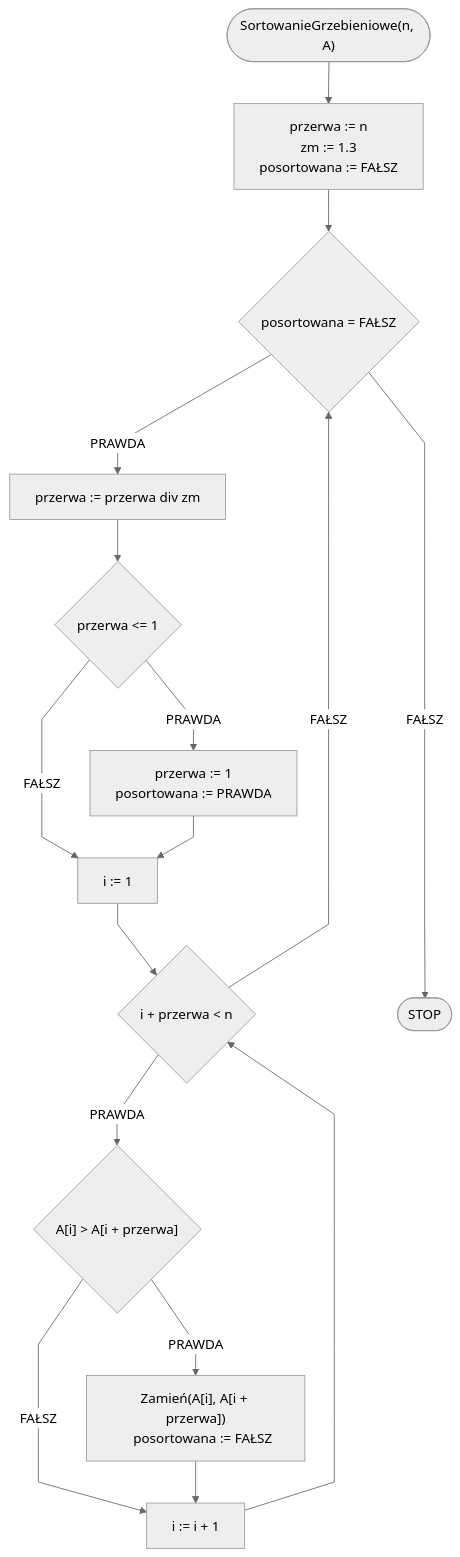
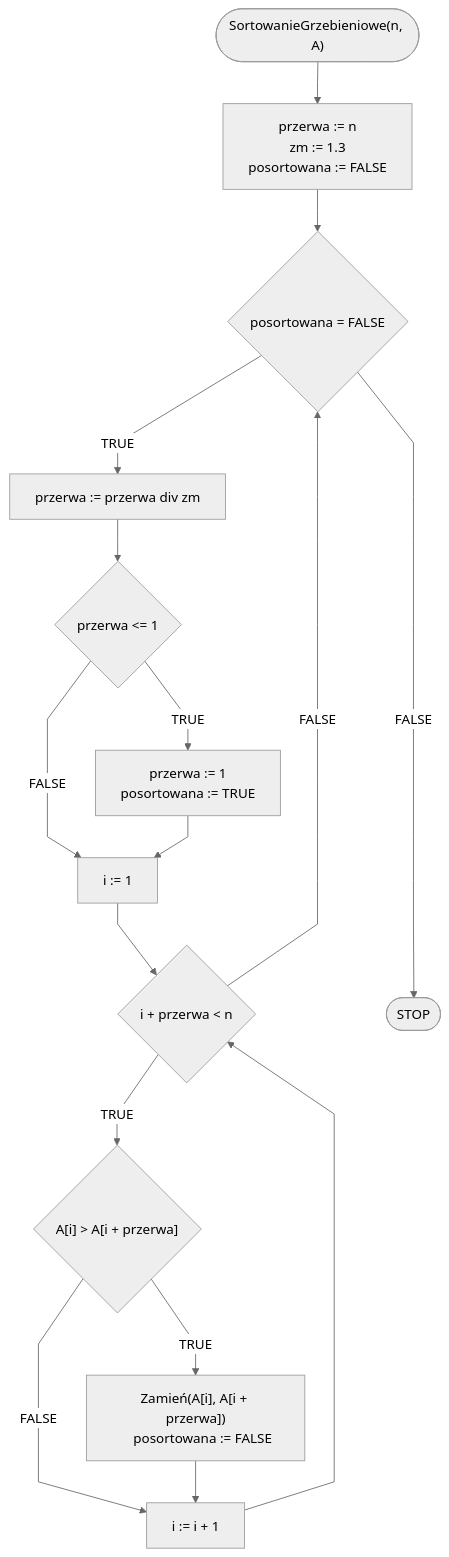
Before and after one commit to blackbat13/edu-cs-htiew-en: the diagram in docs/algorithms/sorting/comb-sort.md, drawn with Mermaid. The commit also changed other lines of this file and 682 other files, not shown here.

````diff
--- a/docs/algorithms/sorting/comb-sort.md
+++ b/docs/algorithms/sorting/comb-sort.md
@@ -45,23 +45,23 @@
 ```mermaid
 %%{init: {"flowchart": {"curve": "linear"}, "theme": "neutral"} }%%
 flowchart TD
     START(["SortowanieGrzebieniowe(n, A)"]) --> K1[przerwa := n
     zm := 1.3
-    posortowana := FAŁSZ]
-    K1 --> K4{posortowana = FAŁSZ}
-    K4 -- PRAWDA --> K5[przerwa := przerwa div zm]
+    posortowana := FALSE]
+    K1 --> K4{posortowana = FALSE}
+    K4 -- TRUE --> K5[przerwa := przerwa div zm]
     K5 --> K6{przerwa <= 1}
-    K6 -- PRAWDA --> K7[przerwa := 1
-    posortowana := PRAWDA]
-    K6 -- FAŁSZ --> K9[i := 1]
+    K6 -- TRUE --> K7[przerwa := 1
+    posortowana := TRUE]
+    K6 -- FALSE --> K9[i := 1]
     K7 --> K9
     K9 --> K10{i + przerwa < n}
-    K10 -- PRAWDA --> K11{"A[i] > A[i + przerwa]"}
-    K11 -- PRAWDA --> K12["Zamień(A[i], A[i + przerwa])
-    posortowana := FAŁSZ"]
-    K11 -- FAŁSZ --> K14[i := i + 1]
+    K10 -- TRUE --> K11{"A[i] > A[i + przerwa]"}
+    K11 -- TRUE --> K12["Zamień(A[i], A[i + przerwa])
+    posortowana := FALSE"]
+    K11 -- FALSE --> K14[i := i + 1]
     K12 --> K14
     K14 --> K10
-    K10 -- FAŁSZ --> K4
-    K4 -- FAŁSZ ------> STOP([STOP])
+    K10 -- FALSE --> K4
+    K4 -- FALSE ------> STOP([STOP])
 ```
````
